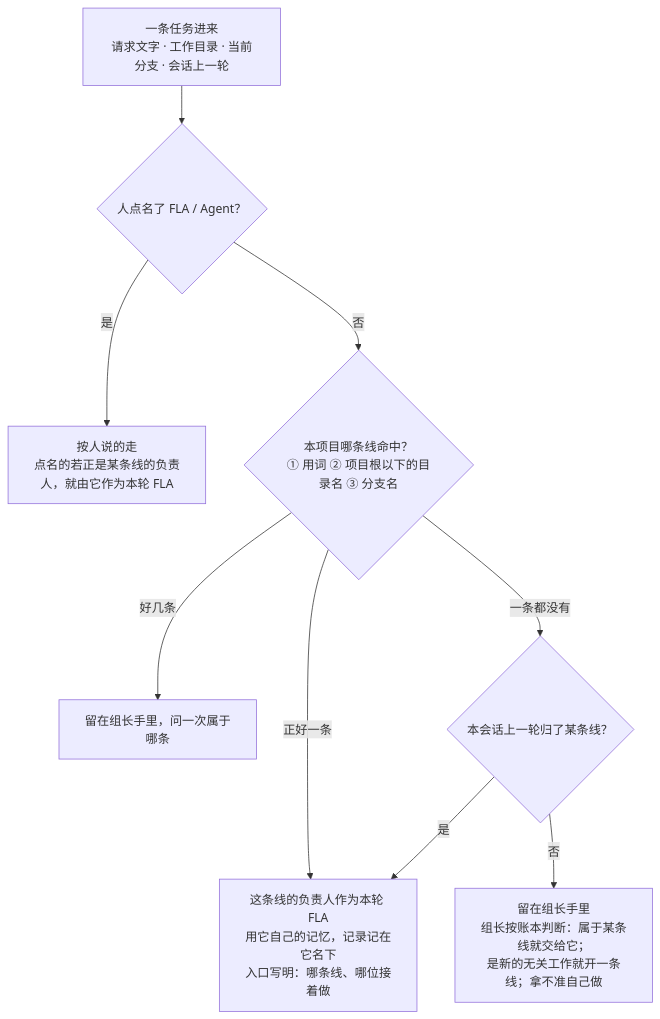
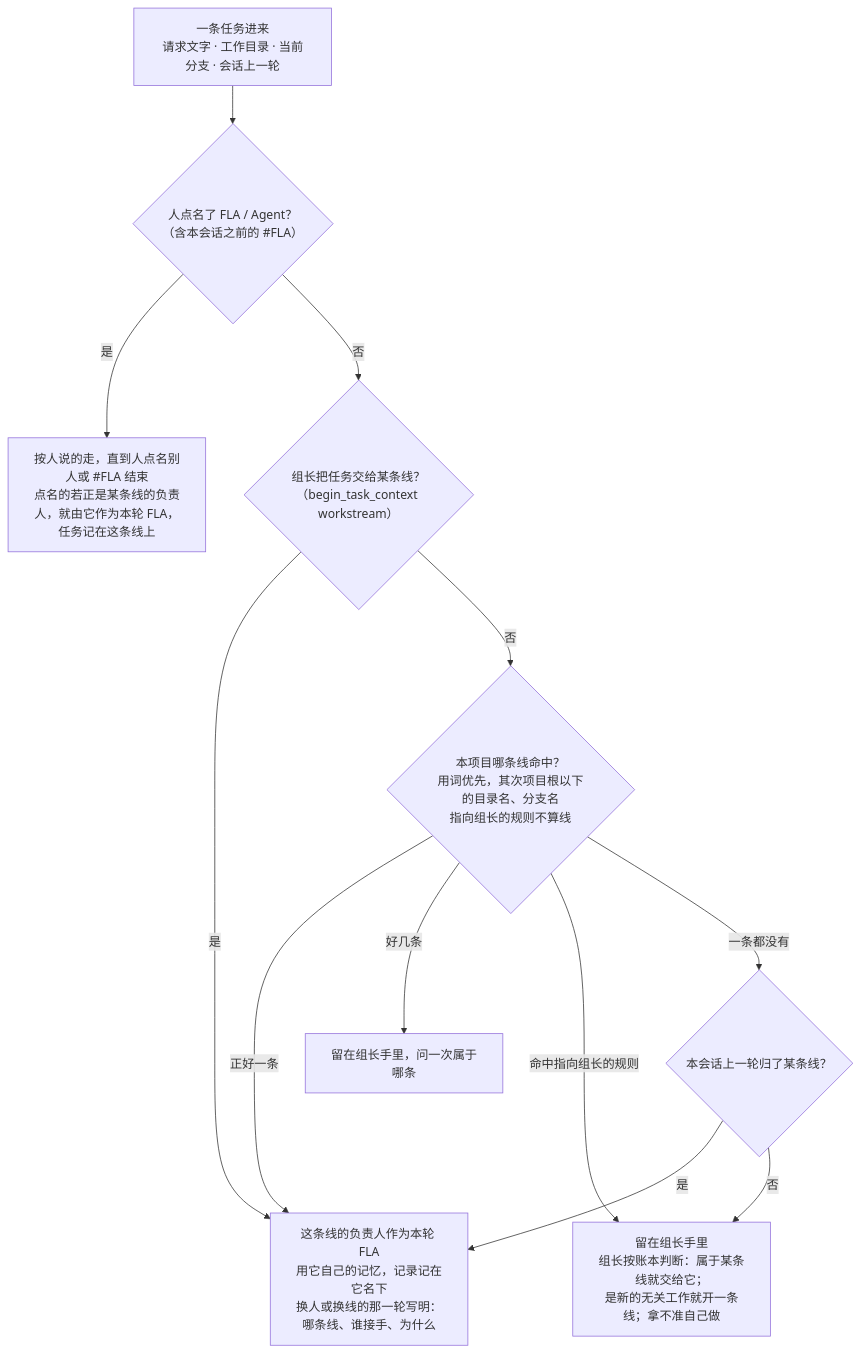
Before and after one commit to JevonsCode/fuli: the diagram in docs/workstreams.md, drawn with Mermaid. The commit also changed other lines of this file and 29 other files, not shown here.

````diff
--- a/docs/workstreams.md
+++ b/docs/workstreams.md
@@ -47,11 +47,14 @@
 ```mermaid
 flowchart TD
-    T["一条任务进来\n请求文字 · 工作目录 · 当前分支 · 会话上一轮"] --> S{"人点名了 FLA / Agent？"}
-    S -- 是 --> P["按人说的走\n点名的若正是某条线的负责人，就由它作为本轮 FLA"]
-    S -- 否 --> W{"本项目哪条线命中？\n① 用词 ② 项目根以下的目录名 ③ 分支名"}
-    W -- "正好一条" --> O["这条线的负责人作为本轮 FLA\n用它自己的记忆，记录记在它名下\n入口写明：哪条线、哪位接着做"]
+    T["一条任务进来\n请求文字 · 工作目录 · 当前分支 · 会话上一轮"] --> S{"人点名了 FLA / Agent？\n（含本会话之前的 #FLA）"}
+    S -- 是 --> P["按人说的走，直到人点名别人或 #FLA 结束\n点名的若正是某条线的负责人，就由它作为本轮 FLA，任务记在这条线上"]
+    S -- 否 --> H{"组长把任务交给某条线？\n（begin_task_context workstream）"}
+    H -- 是 --> O
+    H -- 否 --> W{"本项目哪条线命中？\n用词优先，其次项目根以下的目录名、分支名\n指向组长的规则不算线"}
+    W -- "正好一条" --> O["这条线的负责人作为本轮 FLA\n用它自己的记忆，记录记在它名下\n换人或换线的那一轮写明：哪条线、谁接手、为什么"]
     W -- "好几条" --> A["留在组长手里，问一次属于哪条"]
+    W -- "命中指向组长的规则" --> L
     W -- "一条都没有" --> C{"本会话上一轮归了某条线？"}
     C -- 是 --> O
     C -- 否 --> L["留在组长手里\n组长按账本判断：属于某条线就交给它；\n是新的无关工作就开一条线；拿不准自己做"]
 ```
````
